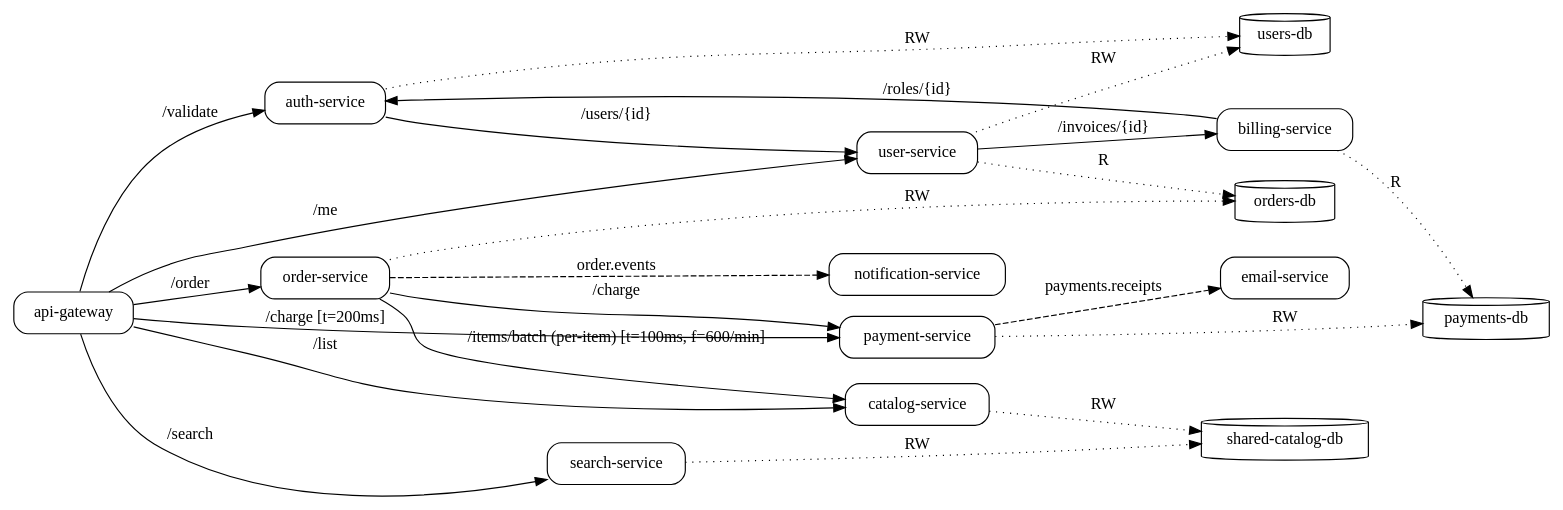
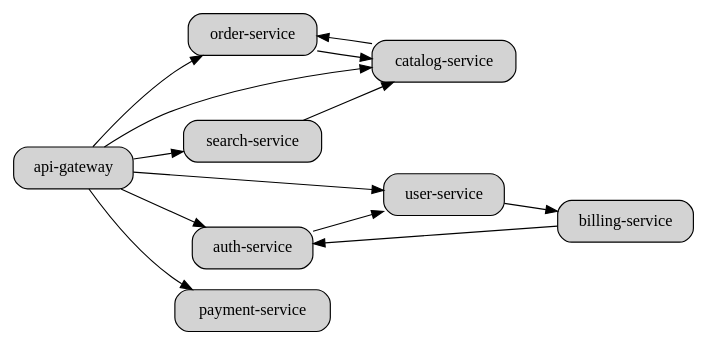
One commit to GoSim-25-26J-441/go-sim-backend changed the diagram in out/graph.dot. Above: the diagram before and after it, drawn with Graphviz. The commit also changed 6 other files, not shown here.

Commit message:
dot file generation and other graph generation supporting code

```diff
--- a/out/graph.dot
+++ b/out/graph.dot
@@ -1,39 +1,23 @@
 digraph G {
-  rankdir=LR;
-  node [style=rounded];
-  "api-gateway" [shape=box];
-  "auth-service" [shape=box];
-  "billing-service" [shape=box];
-  "catalog-service" [shape=box];
-  "email-service" [shape=box];
-  "notification-service" [shape=box];
-  "order-service" [shape=box];
-  "payment-service" [shape=box];
-  "search-service" [shape=box];
-  "user-service" [shape=box];
-  "orders-db" [shape=cylinder];
-  "payments-db" [shape=cylinder];
-  "shared-catalog-db" [shape=cylinder];
-  "users-db" [shape=cylinder];
-  "api-gateway" -> "auth-service" [label="/validate", style=solid];
-  "api-gateway" -> "catalog-service" [label="/list", style=solid];
-  "api-gateway" -> "search-service" [label="/search", style=solid];
-  "api-gateway" -> "user-service" [label="/me", style=solid];
-  "api-gateway" -> "order-service" [label="/order", style=solid];
-  "api-gateway" -> "payment-service" [label="/charge [t=200ms]", style=solid];
-  "order-service" -> "catalog-service" [label="/items/batch (per-item) [t=100ms, f=600/min]", style=solid];
-  "auth-service" -> "user-service" [label="/users/{id}", style=solid];
-  "user-service" -> "billing-service" [label="/invoices/{id}", style=solid];
-  "billing-service" -> "auth-service" [label="/roles/{id}", style=solid];
-  "order-service" -> "payment-service" [label="/charge", style=solid];
-  "payment-service" -> "email-service" [label="payments.receipts", style=dashed];
-  "order-service" -> "notification-service" [label="order.events", style=dashed];
-  "auth-service" -> "users-db" [style=dotted, label="RW"];
-  "user-service" -> "users-db" [style=dotted, label="RW"];
-  "user-service" -> "orders-db" [style=dotted, label="R"];
-  "order-service" -> "orders-db" [style=dotted, label="RW"];
-  "payment-service" -> "payments-db" [style=dotted, label="RW"];
-  "catalog-service" -> "shared-catalog-db" [style=dotted, label="RW"];
-  "search-service" -> "shared-catalog-db" [style=dotted, label="RW"];
-  "billing-service" -> "payments-db" [style=dotted, label="R"];
+  rankdir=LR; node [shape=box, style="rounded,filled"];
+  "order-service";
+  "catalog-service";
+  "search-service";
+  "api-gateway";
+  "auth-service";
+  "user-service";
+  "billing-service";
+  "payment-service";
+  "catalog-service" -> "order-service";
+  "search-service" -> "catalog-service";
+  "api-gateway" -> "auth-service";
+  "api-gateway" -> "user-service";
+  "api-gateway" -> "order-service";
+  "api-gateway" -> "catalog-service";
+  "api-gateway" -> "search-service";
+  "api-gateway" -> "payment-service";
+  "auth-service" -> "user-service";
+  "user-service" -> "billing-service";
+  "billing-service" -> "auth-service";
+  "order-service" -> "catalog-service";
 }
```
